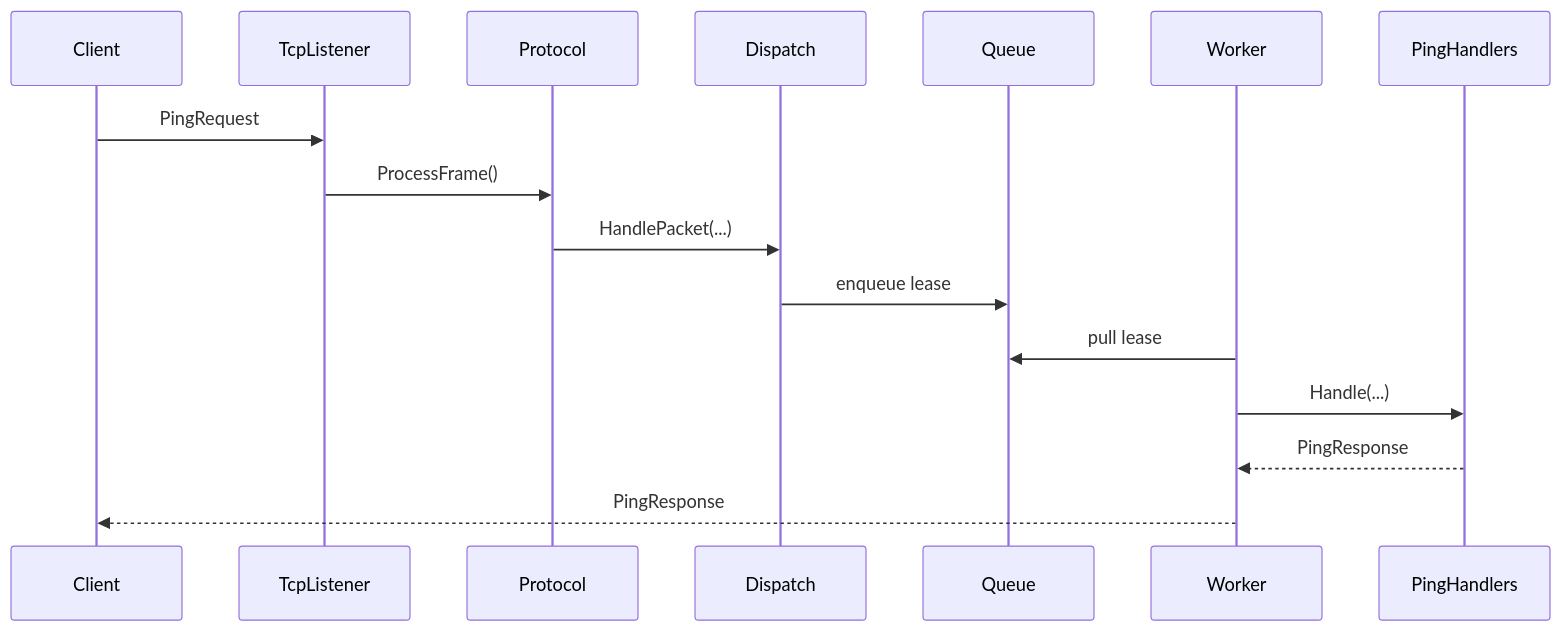
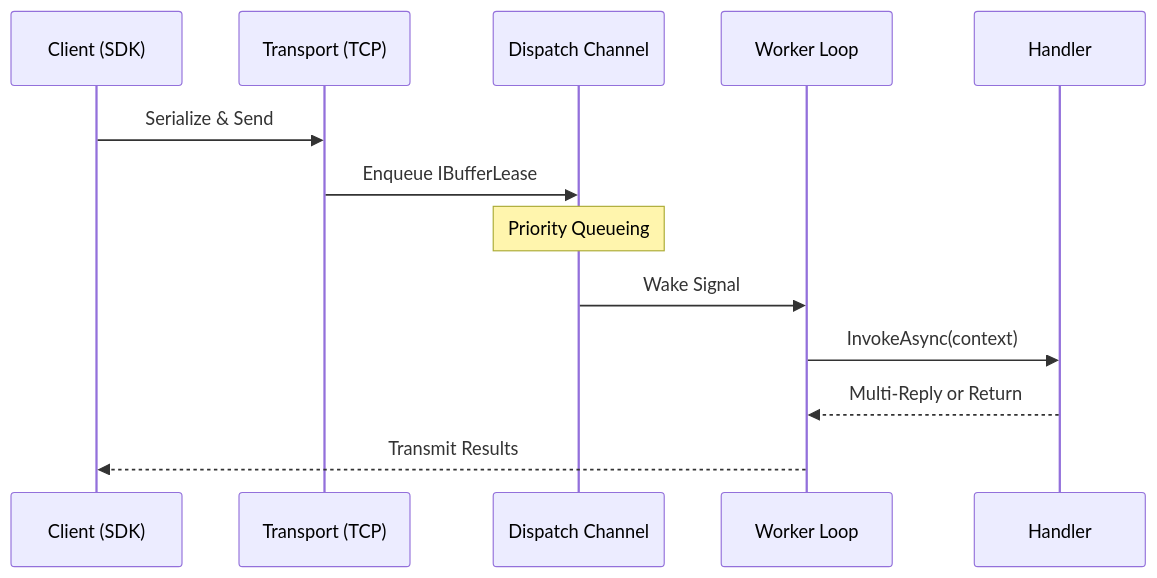
One commit to ppn-systems/Nalix changed the diagram in docs/quickstart.md. Above: the diagram before and after it, drawn with Mermaid. The commit also changed other lines of this file and 33 other files, not shown here.

````diff
--- a/docs/quickstart.md
+++ b/docs/quickstart.md
@@ -251,19 +112,16 @@
 ```mermaid
 sequenceDiagram
-    participant C as Client
-    participant L as TcpListener
-    participant P as Protocol
-    participant D as Dispatch
-    participant Q as Queue
-    participant W as Worker
-    participant H as PingHandlers
+    participant C as Client (SDK)
+    participant T as Transport (TCP)
+    participant D as Dispatch Channel
+    participant W as Worker Loop
+    participant H as Handler
 
-    C->>L: PingRequest
-    L->>P: ProcessFrame()
-    P->>D: HandlePacket(...)
-    D->>Q: enqueue lease
-    W->>Q: pull lease
-    W->>H: Handle(...)
-    H-->>W: PingResponse
-    W-->>C: PingResponse
+    C->>T: Serialize & Send
+    T->>D: Enqueue IBufferLease
+    Note over D: Priority Queueing
+    D->>W: Wake Signal
+    W->>H: InvokeAsync(context)
+    H-->>W: Multi-Reply or Return
+    W-->>C: Transmit Results
 ```
````
